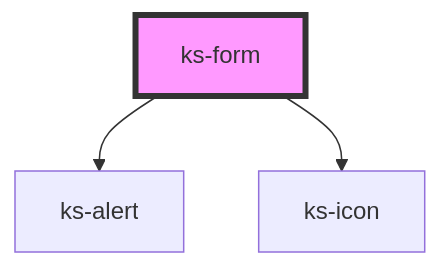
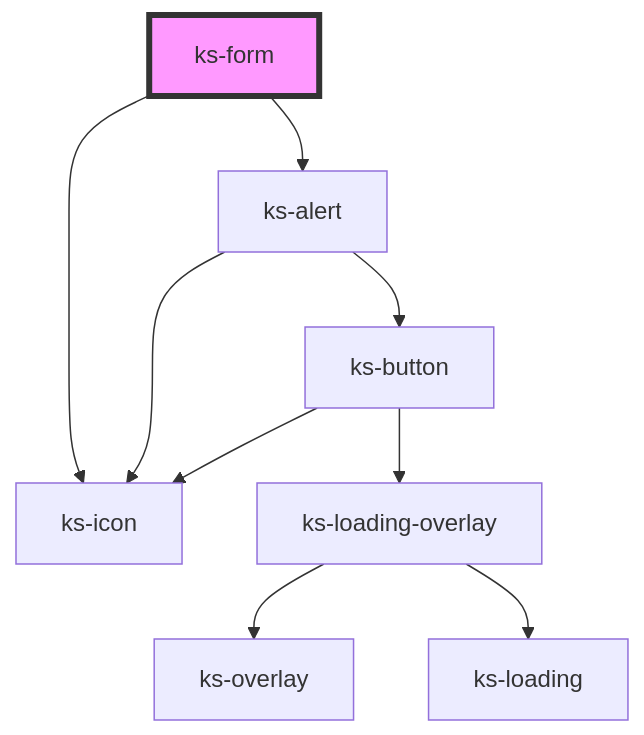
Before and after one commit to kickstand-ui/kickstand-ui: the diagram in src/scripts/components/form/readme.md, drawn with Mermaid. The commit also changed 9 other files, not shown here.

````diff
--- a/src/scripts/components/form/readme.md
+++ b/src/scripts/components/form/readme.md
@@ -35,6 +35,12 @@
 ```mermaid
 graph TD;
   ks-form --> ks-alert
   ks-form --> ks-icon
+  ks-alert --> ks-button
+  ks-alert --> ks-icon
+  ks-button --> ks-icon
+  ks-button --> ks-loading-overlay
+  ks-loading-overlay --> ks-overlay
+  ks-loading-overlay --> ks-loading
   style ks-form fill:#f9f,stroke:#333,stroke-width:4px
 ```
````
